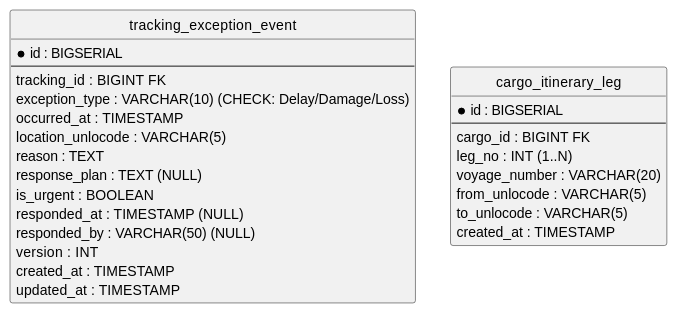
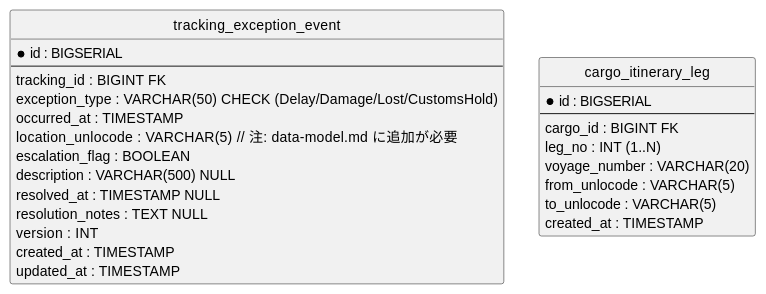
The fourth of 6 diagrams in docs/development/iteration_plan-7.md (k2works/case-study-cargo-tracker), drawn with PlantUML before and after one commit. The commit also changed other lines of this file, not shown here.

First line of the commit message:
docs(it7): validating-iteration-plan 検証反映 - ドメイン/データモデル整合 + UI セクション追加

````diff
--- a/docs/development/iteration_plan-7.md
+++ b/docs/development/iteration_plan-7.md
@@ -276,35 +277,34 @@
 ```plantuml
 @startuml
 hide circle
 skinparam linetype ortho
 
 entity "tracking_exception_event" {
   *id : BIGSERIAL
   --
   tracking_id : BIGINT FK
-  exception_type : VARCHAR(10) (CHECK: Delay/Damage/Loss)
+  exception_type : VARCHAR(50) CHECK (Delay/Damage/Lost/CustomsHold)
   occurred_at : TIMESTAMP
-  location_unlocode : VARCHAR(5)
-  reason : TEXT
-  response_plan : TEXT (NULL)
-  is_urgent : BOOLEAN
-  responded_at : TIMESTAMP (NULL)
-  responded_by : VARCHAR(50) (NULL)
+  location_unlocode : VARCHAR(5)  // 注: data-model.md に追加が必要
+  escalation_flag : BOOLEAN
+  description : VARCHAR(500) NULL
+  resolved_at : TIMESTAMP NULL
+  resolution_notes : TEXT NULL
   version : INT
   created_at : TIMESTAMP
   updated_at : TIMESTAMP
 }
 
 entity "cargo_itinerary_leg" {
   *id : BIGSERIAL
   --
   cargo_id : BIGINT FK
   leg_no : INT (1..N)
   voyage_number : VARCHAR(20)
   from_unlocode : VARCHAR(5)
   to_unlocode : VARCHAR(5)
   created_at : TIMESTAMP
 }
 
 @enduml
 ```
````
